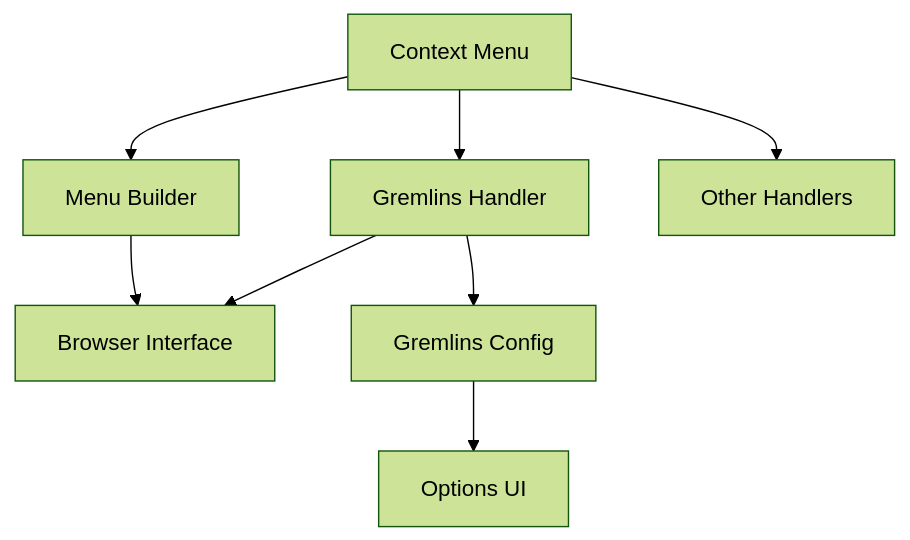
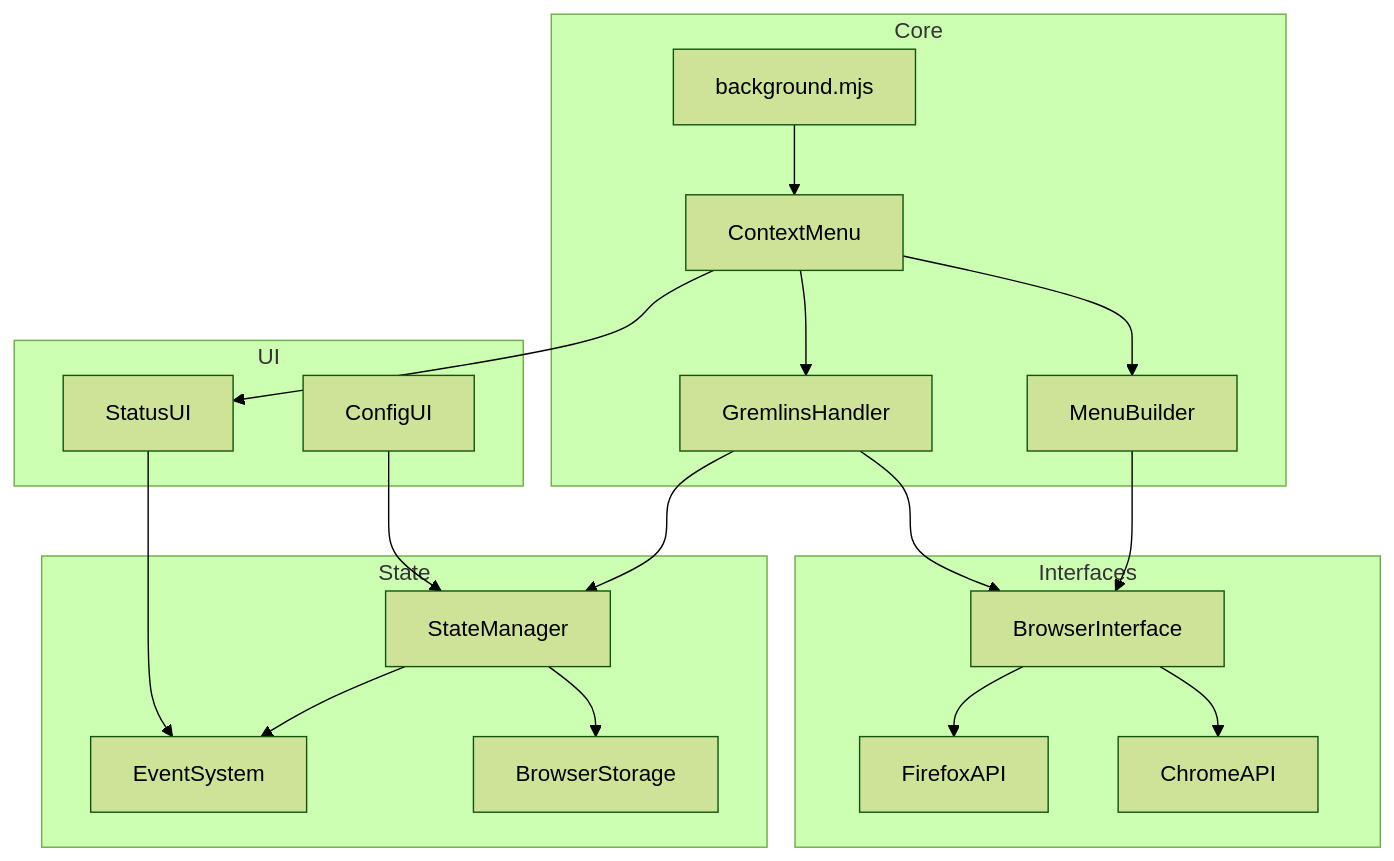
One commit to testudoq-org/testudoq3 changed the diagram in memory-bank/systemPatterns.md. Above: the diagram before and after it, drawn with Mermaid (forest theme). The commit also changed other lines of this file and 24 other files, not shown here.

````diff
--- a/memory-bank/systemPatterns.md
+++ b/memory-bank/systemPatterns.md
@@ -23,12 +84,27 @@
 ```mermaid
 graph TD
-    CM[Context Menu] --> MB[Menu Builder]
-    CM --> GH[Gremlins Handler]
-    CM --> OH[Other Handlers]
+    subgraph Core
+        BG[background.mjs] --> CM[ContextMenu]
+        CM --> MB[MenuBuilder]
+        CM --> GH[GremlinsHandler]
+    end
     
-    GH --> BI[Browser Interface]
-    MB --> BI
+    subgraph Interfaces
+        MB --> BI[BrowserInterface]
+        GH --> BI
+        BI --> Chrome[ChromeAPI]
+        BI --> Firefox[FirefoxAPI]
+    end
     
-    GH --> GC[Gremlins Config]
-    GC --> UI[Options UI]
+    subgraph State
+        GH --> SM[StateManager]
+        SM --> Storage[BrowserStorage]
+        SM --> Events[EventSystem]
+    end
+    
+    subgraph UI
+        CM --> Status[StatusUI]
+        Status --> Events
+        Config[ConfigUI] --> SM
+    end
 ```
````
